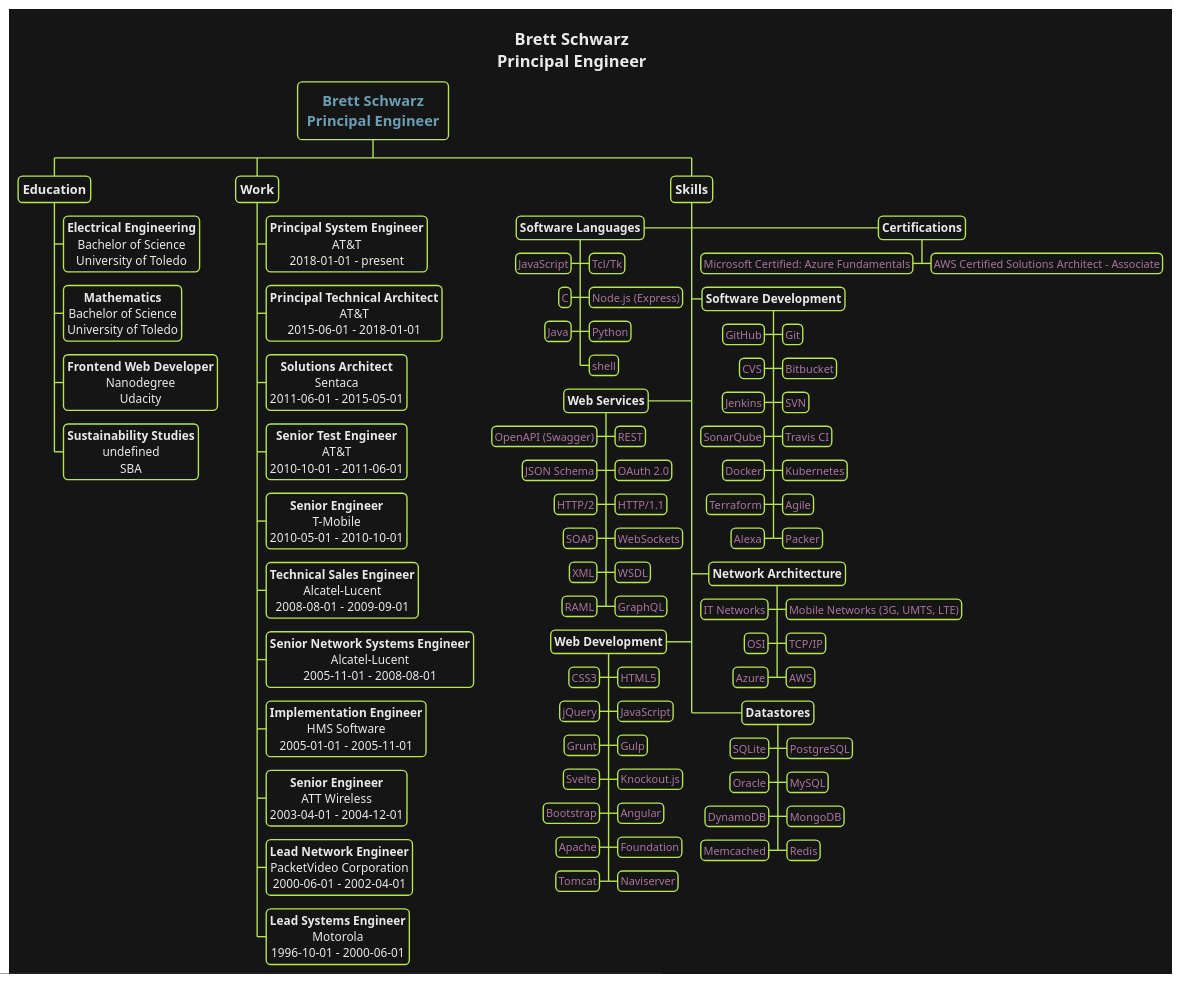
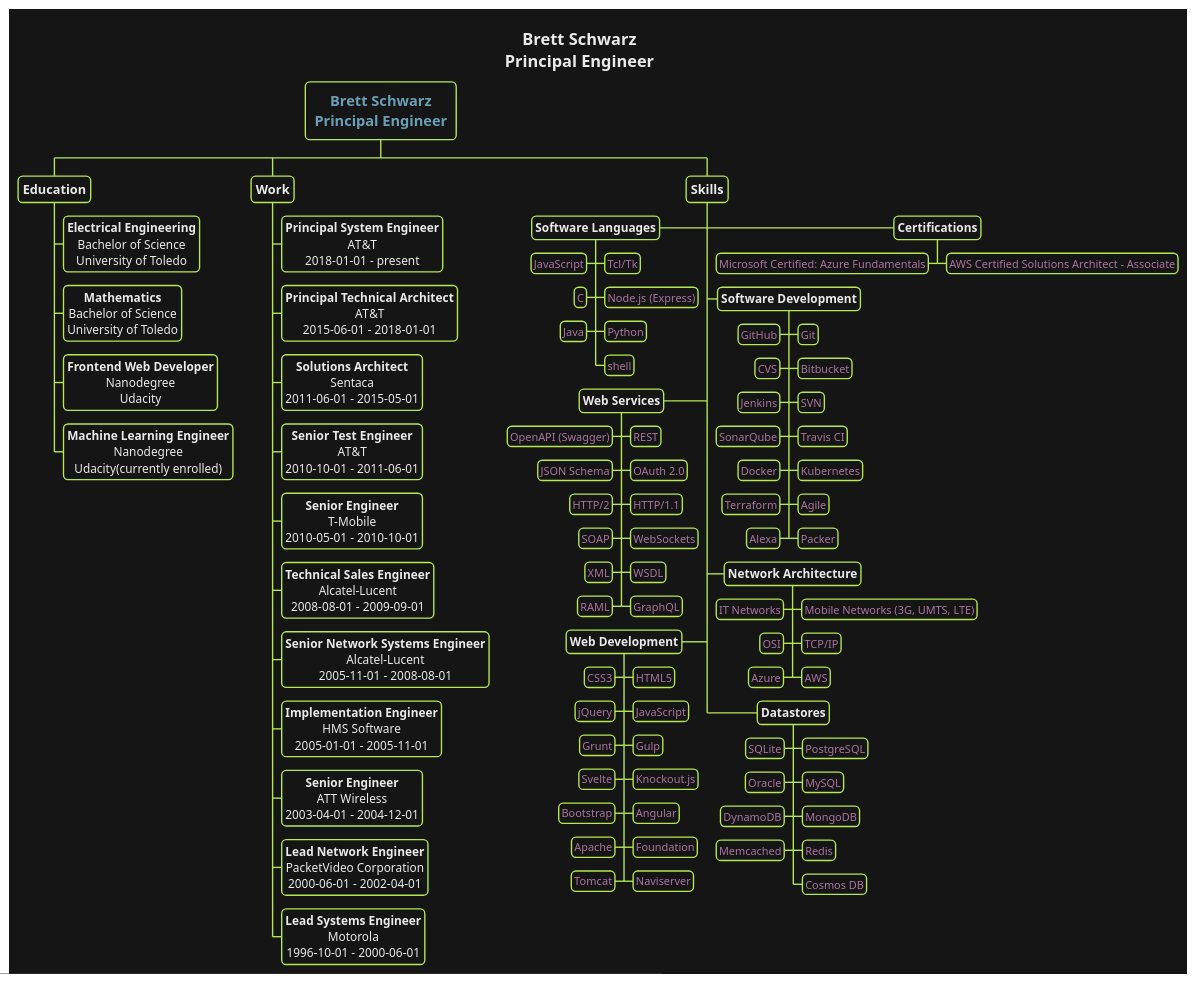
Before and after one commit to bschwarz/bschwarz.github.io: the diagram in assets/files/resume-dark.puml, drawn with PlantUML. The commit also changed 5 other files, not shown here.

Commit message:
Updates with machine learning nanodegree, japanese, and updated ATT experience

```diff
--- a/assets/files/resume-dark.puml
+++ b/assets/files/resume-dark.puml
@@ -1,137 +1,138 @@
 @startwbs
 
 skinparam backgroundColor transparent
 
 
 skinparam  {
     defaultFontName   "Verdana"
     defaultFontSize   12
     defaultTextAlignment center
     shadowing false
     RoundCorner 10
     TitleFontSize 18
     TitleFontColor #eaeaea
 }
 <style>
 wbsDiagram {
     LineColor #b5e853
     BorderThickness 3
     BackgroundColor #151515
     FontColor #eaeaea
     :depth(0) {
         fontSize 16
         fontStyle bold
         fontColor #6a9fb5
     }
     :depth(1) {
         fontSize 14
         padding 5
         fontStyle bold
     }
     :depth(2) {
         fontSize 13
         padding 4
     }
     :depth(3) {
         fontSize 12
         padding 3
         fontColor #aa759f
     }
 
 }
 </style>
 
 
 
 title Brett Schwarz\nPrincipal Engineer
 
 * Brett Schwarz\nPrincipal Engineer
 ** Education
 *** <b>Electrical Engineering\nBachelor of Science\nUniversity of Toledo
 *** <b>Mathematics\nBachelor of Science\nUniversity of Toledo
 *** <b>Frontend Web Developer\nNanodegree\nUdacity
-*** <b>Sustainability Studies\nundefined\nSBA
+*** <b>Machine Learning Engineer\nNanodegree\nUdacity(currently enrolled)
 ** Work
 *** <b>Principal System Engineer\nAT&T\n2018-01-01 - present
 *** <b>Principal Technical Architect\nAT&T\n2015-06-01 - 2018-01-01
 *** <b>Solutions Architect\nSentaca\n2011-06-01 - 2015-05-01
 *** <b>Senior Test Engineer\nAT&T\n2010-10-01 - 2011-06-01
 *** <b>Senior Engineer\nT-Mobile\n2010-05-01 - 2010-10-01
 *** <b>Technical Sales Engineer\nAlcatel-Lucent\n2008-08-01 - 2009-09-01
 *** <b>Senior Network Systems Engineer\nAlcatel-Lucent\n2005-11-01 - 2008-08-01
 *** <b>Implementation Engineer\nHMS Software\n2005-01-01 - 2005-11-01
 *** <b>Senior Engineer\nATT Wireless\n2003-04-01 - 2004-12-01
 *** <b>Lead Network Engineer\nPacketVideo Corporation\n2000-06-01 - 2002-04-01
 *** <b>Lead Systems Engineer\nMotorola\n1996-10-01 - 2000-06-01
 ** Skills
 ***> <b>Certifications
 ****> AWS Certified Solutions Architect - Associate
 ****< Microsoft Certified: Azure Fundamentals
 ***< <b>Software Languages
 ****> Tcl/Tk
 ****< JavaScript
 ****> Node.js (Express)
 ****< C
 ****> Python
 ****< Java
 ****> shell
 ***> <b>Software Development
 ****> Git
 ****< GitHub
 ****> Bitbucket
 ****< CVS
 ****> SVN
 ****< Jenkins
 ****> Travis CI
 ****< SonarQube
 ****> Kubernetes
 ****< Docker
 ****> Agile
 ****< Terraform
 ****> Packer
 ****< Alexa
 ***< <b>Web Services
 ****> REST
 ****< OpenAPI (Swagger)
 ****> OAuth 2.0
 ****< JSON Schema
 ****> HTTP/1.1
 ****< HTTP/2
 ****> WebSockets
 ****< SOAP
 ****> WSDL
 ****< XML
 ****> GraphQL
 ****< RAML
 ***> <b>Network Architecture
 ****> Mobile Networks (3G, UMTS, LTE)
 ****< IT Networks
 ****> TCP/IP
 ****< OSI
 ****> AWS
 ****< Azure
 ***< <b>Web Development
 ****> HTML5
 ****< CSS3
 ****> JavaScript
 ****< jQuery
 ****> Gulp
 ****< Grunt
 ****> Knockout.js
 ****< Svelte
 ****> Angular
 ****< Bootstrap
 ****> Foundation
 ****< Apache
 ****> Naviserver
 ****< Tomcat
 ***> <b>Datastores
 ****> PostgreSQL
 ****< SQLite
 ****> MySQL
 ****< Oracle
 ****> MongoDB
 ****< DynamoDB
 ****> Redis
 ****< Memcached
+****> Cosmos DB
 @endwbs
```
